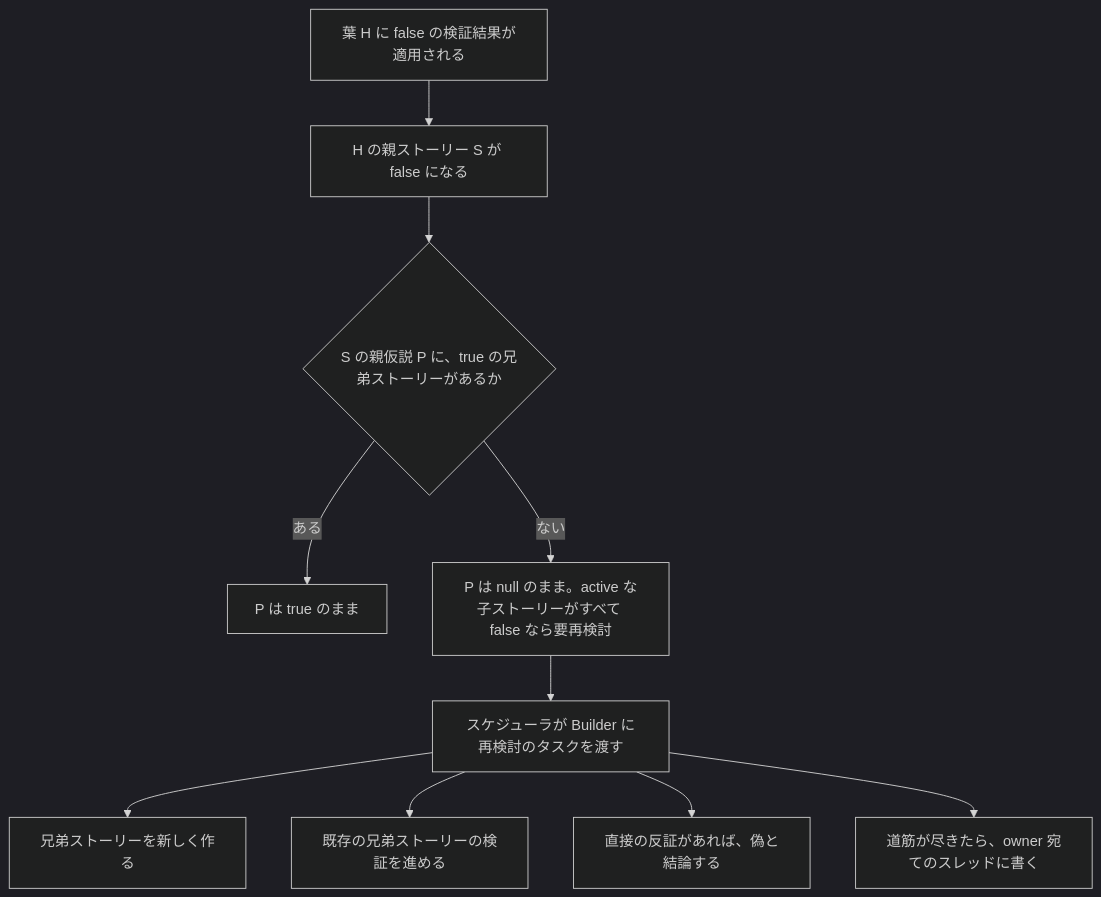
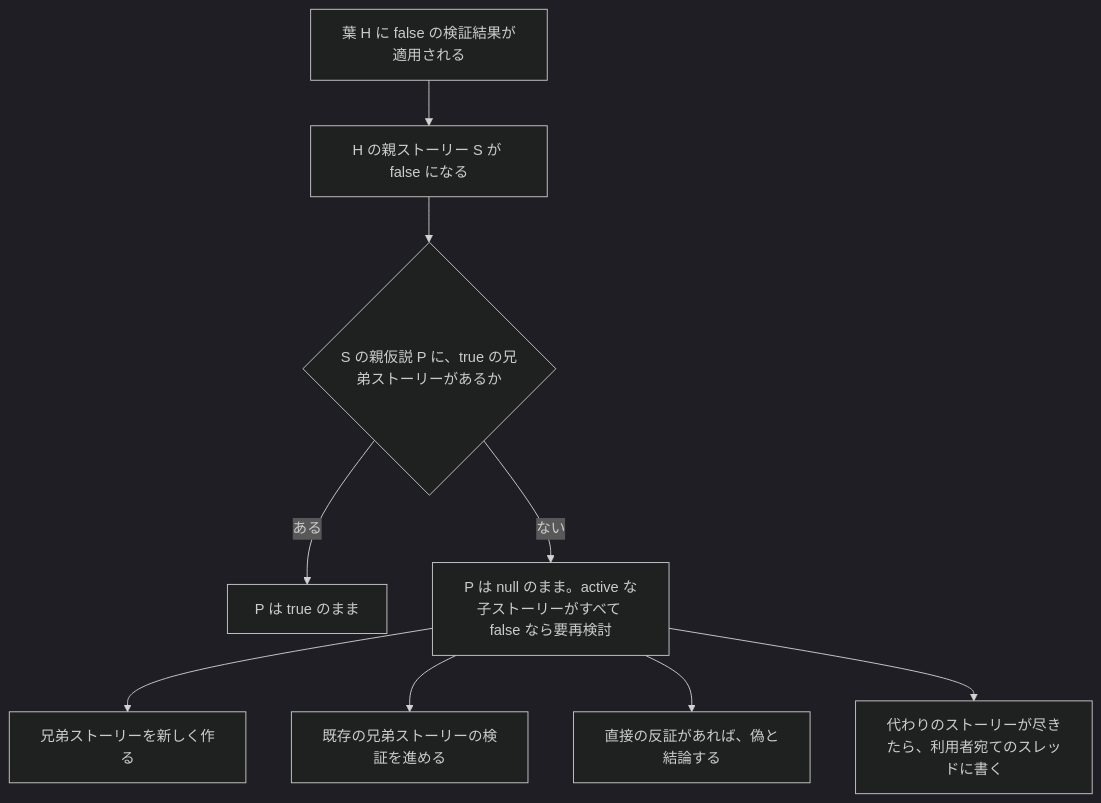
One commit to yamambainc/logiforge changed the diagram in docs/tree/falsification.md. Above: the diagram before and after it, drawn with Mermaid (dark theme). The commit also changed other lines of this file and 25 other files, not shown here.

````diff
--- a/docs/tree/falsification.md
+++ b/docs/tree/falsification.md
@@ -7,12 +7,11 @@
 ```mermaid
 flowchart TD
   A["葉 H に false の検証結果が適用される"] --> B["H の親ストーリー S が false になる"]
   B --> C{"S の親仮説 P に、true の兄弟ストーリーがあるか"}
   C -- ある --> D["P は true のまま"]
   C -- ない --> E["P は null のまま。active な子ストーリーがすべて false なら要再検討"]
-  E --> F["スケジューラが Builder に再検討のタスクを渡す"]
-  F --> G1["兄弟ストーリーを新しく作る"]
-  F --> G2["既存の兄弟ストーリーの検証を進める"]
-  F --> G3["直接の反証があれば、偽と結論する"]
-  F --> G4["道筋が尽きたら、owner 宛てのスレッドに書く"]
+  E --> G1["兄弟ストーリーを新しく作る"]
+  E --> G2["既存の兄弟ストーリーの検証を進める"]
+  E --> G3["直接の反証があれば、偽と結論する"]
+  E --> G4["代わりのストーリーが尽きたら、利用者宛てのスレッドに書く"]
 ```
````
